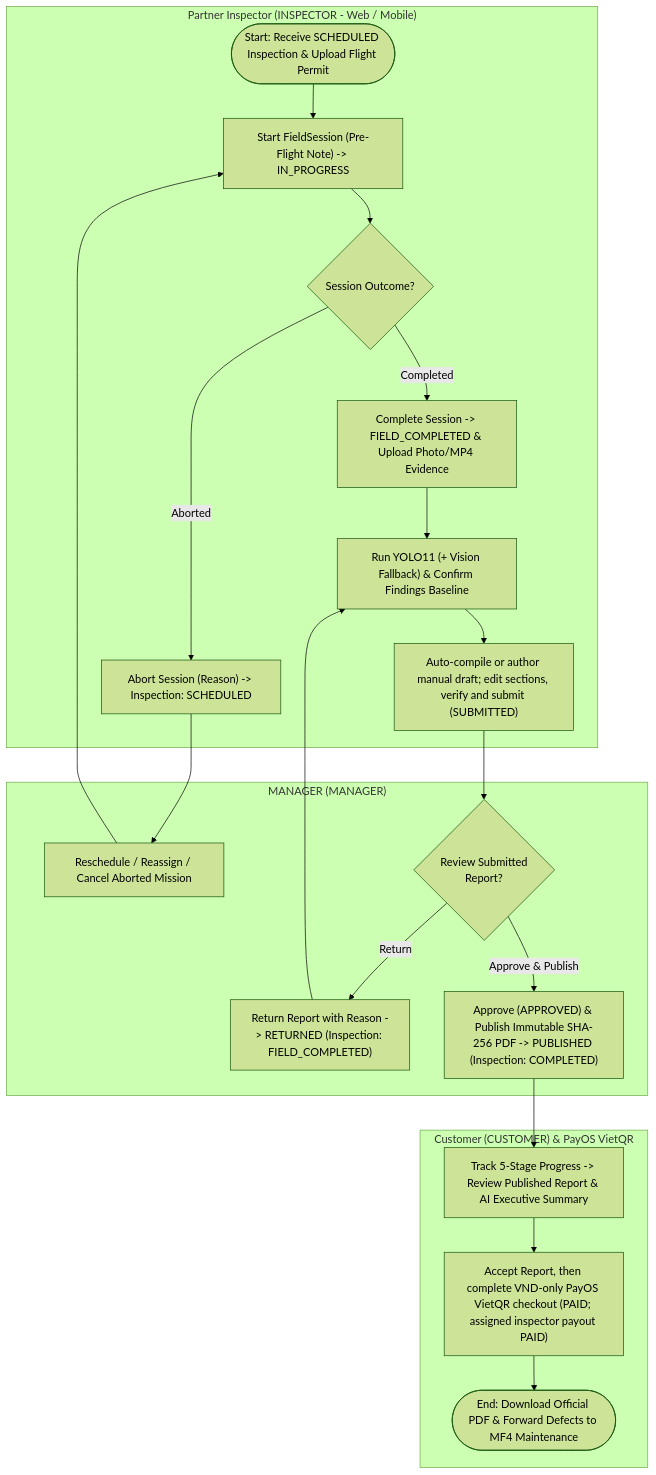
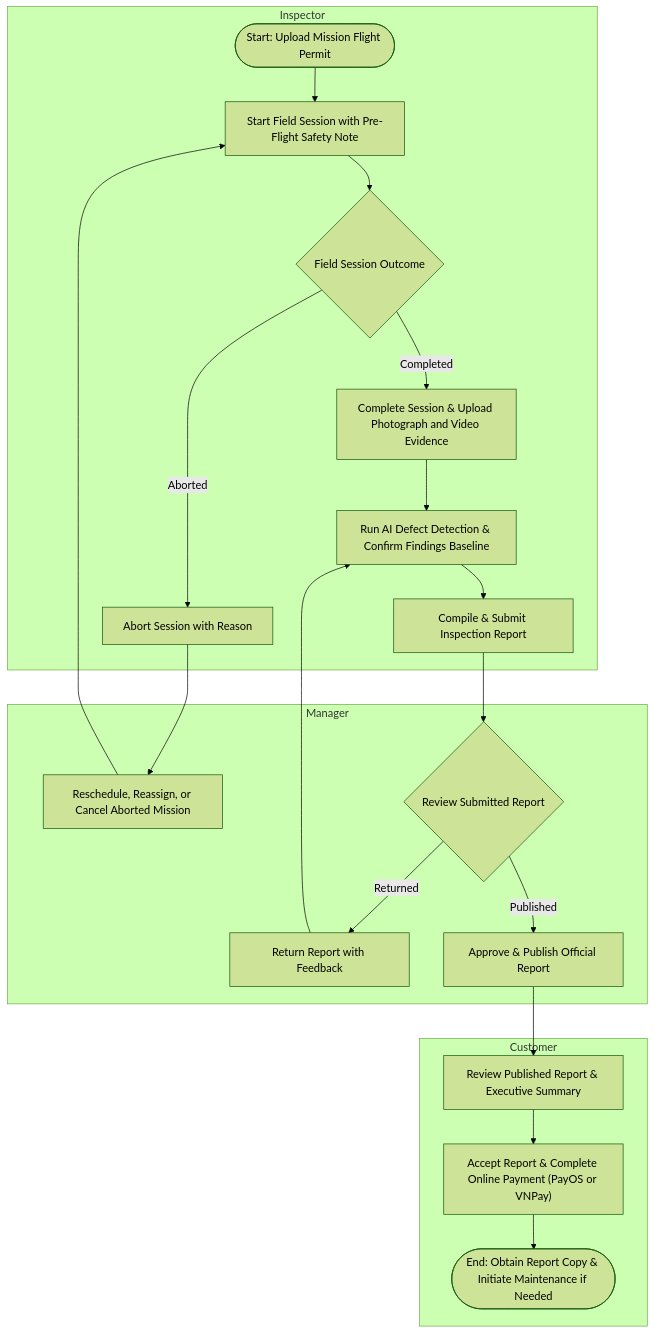
One commit to tungbach12/SmartDroneInspection-Docs changed diagram 18 of 23 in reports/report-4-software-design-document/03-detailed-design.md. Above: the diagram before and after it, drawn with Mermaid (forest theme). The commit also changed other lines of this file and 206 other files, not shown here.

First line of the commit message:
docs(reports): synchronize Report 1-5 changes, update diagrams, and clean exports

````diff
--- a/reports/report-4-software-design-document/03-detailed-design.md
+++ b/reports/report-4-software-design-document/03-detailed-design.md
@@ -837,32 +762,32 @@
 ```mermaid
-%% title: WF-03 Activity Diagram - Permit Gate, Field Session, YOLO11, Auto-Compiled Report and PayOS
+%% title: WF-03 Activity Diagram - Field Session, AI Detection, Reporting and Payment
 flowchart TD
-  subgraph IN3["Partner Inspector (INSPECTOR - Web / Mobile)"]
-    C1(["Start: Receive SCHEDULED Inspection & Upload Flight Permit"])
-    C2["Start FieldSession (Pre-Flight Note) -> IN_PROGRESS"]
-    C3{"Session Outcome?"}
-    C4["Abort Session (Reason) -> Inspection: SCHEDULED"]
-    C5["Complete Session -> FIELD_COMPLETED & Upload Photo/MP4 Evidence"]
-    C6["Run YOLO11 (+ Vision Fallback) & Confirm Findings Baseline"]
-    C7["Auto-compile or author manual draft; edit sections, verify and submit (SUBMITTED)"]
+  subgraph IN3["Inspector"]
+    C1(["Start: Upload Mission Flight Permit"])
+    C2["Start Field Session with Pre-Flight Safety Note"]
+    C3{"Field Session Outcome"}
+    C4["Abort Session with Reason"]
+    C5["Complete Session & Upload Photograph and Video Evidence"]
+    C6["Run AI Defect Detection & Confirm Findings Baseline"]
+    C7["Compile & Submit Inspection Report"]
   end
 
-  subgraph MG3["MANAGER (MANAGER)"]
-    C4M["Reschedule / Reassign / Cancel Aborted Mission"]
-    C8{"Review Submitted\nReport?"}
-    C9["Return Report with Reason -> RETURNED (Inspection: FIELD_COMPLETED)"]
-    C10["Approve (APPROVED) & Publish Immutable SHA-256 PDF -> PUBLISHED (Inspection: COMPLETED)"]
+  subgraph MG3["Manager"]
+    C4M["Reschedule, Reassign, or Cancel Aborted Mission"]
+    C8{"Review Submitted Report"}
+    C9["Return Report with Feedback"]
+    C10["Approve & Publish Official Report"]
   end
 
-  subgraph CU3["Customer (CUSTOMER) & PayOS VietQR"]
-    C11["Track 5-Stage Progress -> Review Published Report & AI Executive Summary"]
-    C12["Accept Report, then complete VND-only PayOS VietQR checkout (PAID; assigned inspector payout PAID)"]
-    C13(["End: Download Official PDF & Forward Defects to MF4 Maintenance"])
+  subgraph CU3["Customer"]
+    C11["Review Published Report & Executive Summary"]
+    C12["Accept Report & Complete Online Payment (PayOS or VNPay)"]
+    C13(["End: Obtain Report Copy & Initiate Maintenance if Needed"])
   end
 
   C1 --> C2 --> C3
   C3 -->|"Aborted"| C4 --> C4M --> C2
   C3 -->|"Completed"| C5 --> C6 --> C7 --> C8
-  C8 -->|"Return"| C9 --> C6
-  C8 -->|"Approve & Publish"| C10 --> C11 --> C12 --> C13
+  C8 -->|"Returned"| C9 --> C6
+  C8 -->|"Published"| C10 --> C11 --> C12 --> C13
 ```
````
